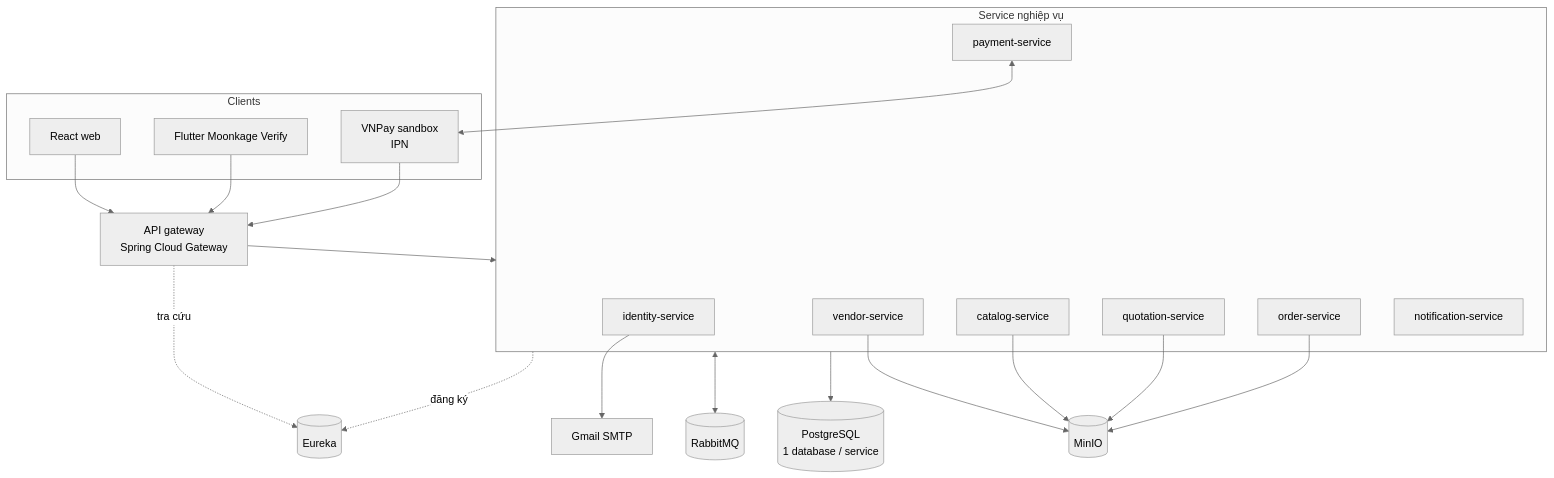
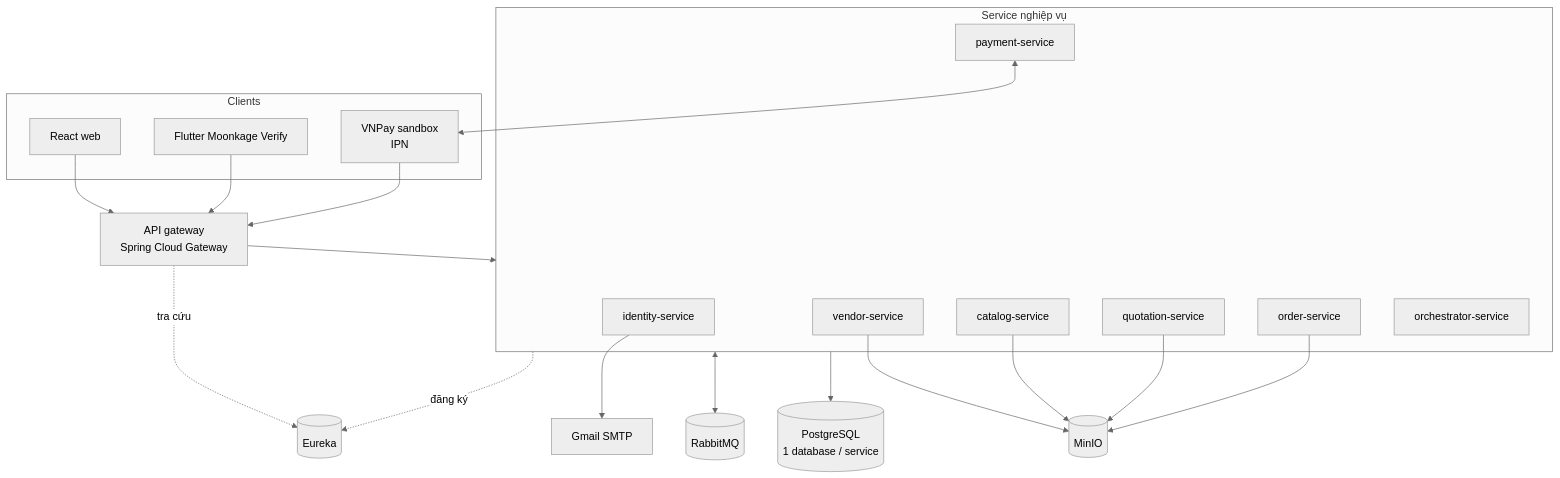
One commit to LeTran30/MSS301-moonkage-platform-project changed the first of 5 diagrams in docs/Software_Design_v0.6.md. Above: the diagram before and after it, drawn with Mermaid (neutral theme). The commit also changed other lines of this file and 160 other files, not shown here.

````diff
--- a/docs/Software_Design_v0.6.md
+++ b/docs/Software_Design_v0.6.md
@@ -80,41 +80,41 @@
 ```mermaid
 flowchart TB
     subgraph Clients
         WEB[React web]
         APP[Flutter Moonkage Verify]
         VNP[VNPay sandbox<br/>IPN]
     end
 
     GW[API gateway<br/>Spring Cloud Gateway]
     EU[(Eureka)]
 
     subgraph Services[Service nghiệp vụ]
         ID[identity-service]
         VD[vendor-service]
         CT[catalog-service]
         QT[quotation-service]
         OD[order-service]
         PM[payment-service]
-        NT[notification-service]
+        NT[orchestrator-service]
     end
 
     MQ[(RabbitMQ)]
     PG[(PostgreSQL<br/>1 database / service)]
     S3[(MinIO)]
     SMTP[Gmail SMTP]
 
     WEB --> GW
     APP --> GW
     VNP --> GW
     GW --> Services
     Services -.đăng ký.-> EU
     GW -.tra cứu.-> EU
     Services <--> MQ
     Services --> PG
     VD --> S3
     CT --> S3
     QT --> S3
     OD --> S3
     PM <--> VNP
     ID --> SMTP
 ```
````
